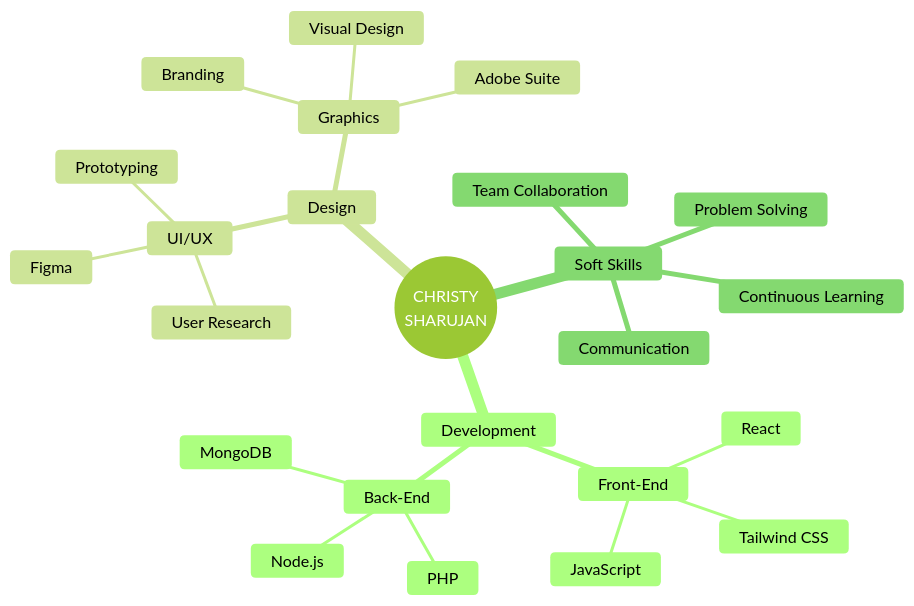
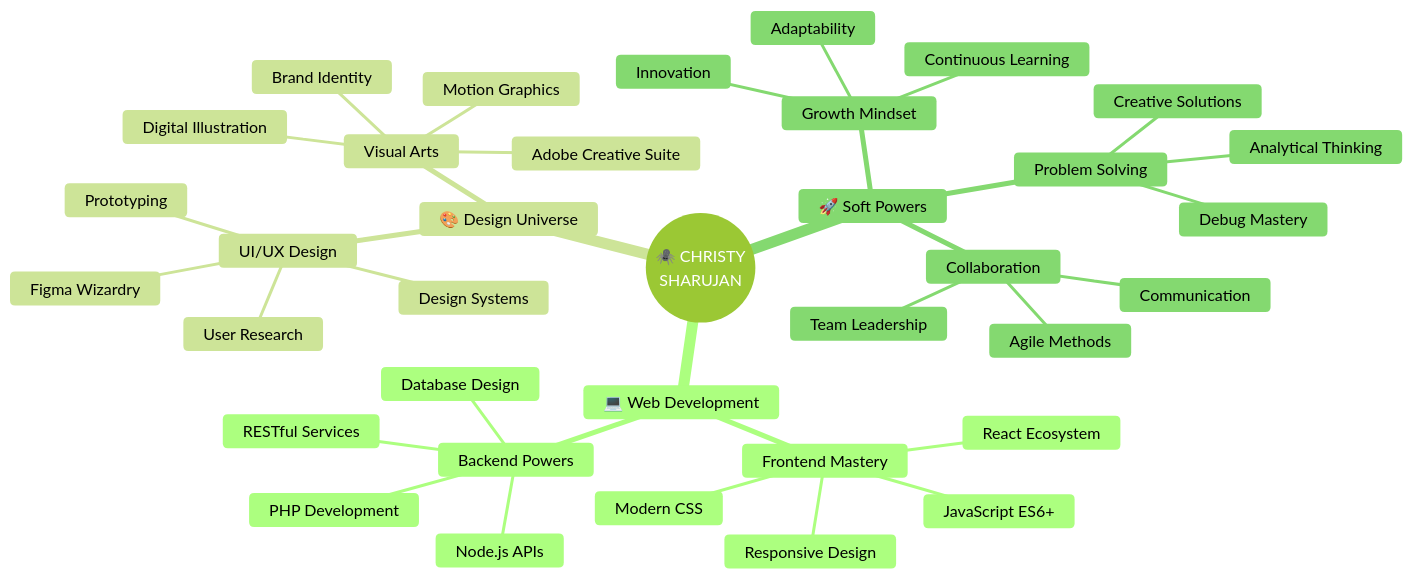
One commit to chriscs0625/ChristySharujan changed the diagram in README.md. Above: the diagram before and after it, drawn with Mermaid (forest theme). The commit also changed other lines of this file, not shown here.

````diff
--- a/README.md
+++ b/README.md
@@ -525,27 +415,39 @@
 ```mermaid
 mindmap
-  root((CHRISTY<br/>SHARUJAN))
-    Development
-      Front-End
-        React
-        Tailwind CSS
-        JavaScript
-      Back-End
-        Node.js
-        PHP
-        MongoDB
-    Design
-      UI/UX
-        Figma
+  root((🕷️ CHRISTY<br/>SHARUJAN))
+    💻 Web Development
+      Frontend Mastery
+        React Ecosystem
+        Modern CSS
+        JavaScript ES6+
+        Responsive Design
+      Backend Powers
+        Node.js APIs
+        Database Design
+        PHP Development
+        RESTful Services
+    🎨 Design Universe
+      UI/UX Design
+        Figma Wizardry
+        User Research
         Prototyping
-        User Research
-      Graphics
-        Adobe Suite
-        Branding
-        Visual Design
-    Soft Skills
+        Design Systems
+      Visual Arts
+        Adobe Creative Suite
+        Brand Identity
+        Digital Illustration
+        Motion Graphics
+    🚀 Soft Powers
       Problem Solving
-      Team Collaboration
-      Continuous Learning
-      Communication
+        Analytical Thinking
+        Creative Solutions
+        Debug Mastery
+      Collaboration
+        Team Leadership
+        Communication
+        Agile Methods
+      Growth Mindset
+        Continuous Learning
+        Adaptability
+        Innovation
 ```
````
